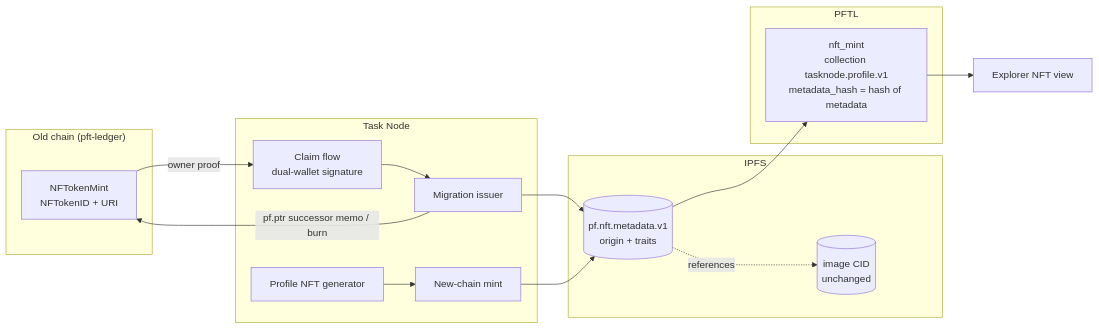
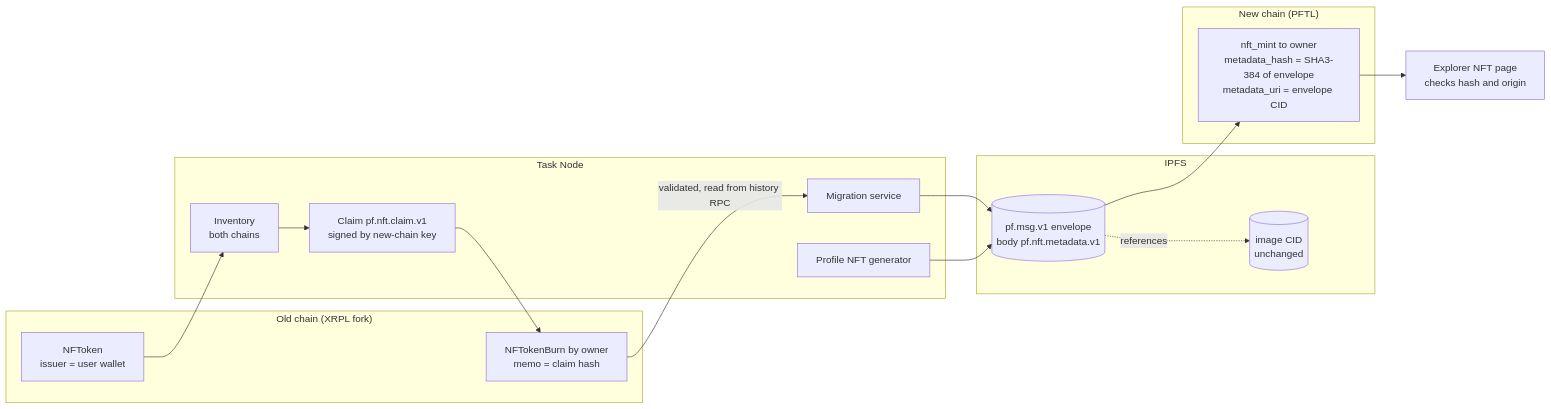
The diagram in big_milestone/pillars/04-nft-system.md (postfiatorg/postfiatl1v2), drawn with Mermaid before and after one commit. The commit also changed other lines of this file and 44 other files, not shown here.

````diff
--- a/big_milestone/pillars/04-nft-system.md
+++ b/big_milestone/pillars/04-nft-system.md
@@ -40,24 +58,27 @@
 ```mermaid
 flowchart LR
-    subgraph "Old chain (pft-ledger)"
-      O1[NFTokenMint<br/>NFTokenID + URI]
+    subgraph OLD["Old chain (XRPL fork)"]
+      O1["NFToken<br/>issuer = user wallet"]
+      OB["NFTokenBurn by owner<br/>memo = claim hash"]
     end
-    subgraph "Task Node"
-      C["Claim flow<br/>dual-wallet signature"] --> M[Migration issuer]
-      G[Profile NFT generator] --> M2[New-chain mint]
+    subgraph TN["Task Node"]
+      INV["Inventory<br/>both chains"]
+      CL["Claim pf.nft.claim.v1<br/>signed by new-chain key"]
+      MS[Migration service]
+      GEN[Profile NFT generator]
     end
-    subgraph "IPFS"
-      IMG[(image CID<br/>unchanged)]
-      META[(pf.nft.metadata.v1<br/>origin + traits)]
+    subgraph IPFS
+      IMG[("image CID<br/>unchanged")]
+      ENV[("pf.msg.v1 envelope<br/>body pf.nft.metadata.v1")]
     end
-    subgraph "PFTL"
-      N1["nft_mint<br/>collection tasknode.profile.v1<br/>metadata_hash = hash of metadata"]
+    subgraph NEW["New chain (PFTL)"]
+      N1["nft_mint to owner<br/>metadata_hash = SHA3-384 of envelope<br/>metadata_uri = envelope CID"]
     end
-    O1 -- owner proof --> C
-    M --> META
-    META --> N1
-    META -. references .-> IMG
-    M2 --> META
-    N1 --> EX[Explorer NFT view]
-    M -- pf.ptr successor memo / burn --> O1
+    O1 --> INV --> CL --> OB
+    OB -->|"validated, read from history RPC"| MS
+    MS --> ENV
+    GEN --> ENV
+    ENV -.->|references| IMG
+    ENV --> N1
+    N1 --> EX["Explorer NFT page<br/>checks hash and origin"]
 ```
````
